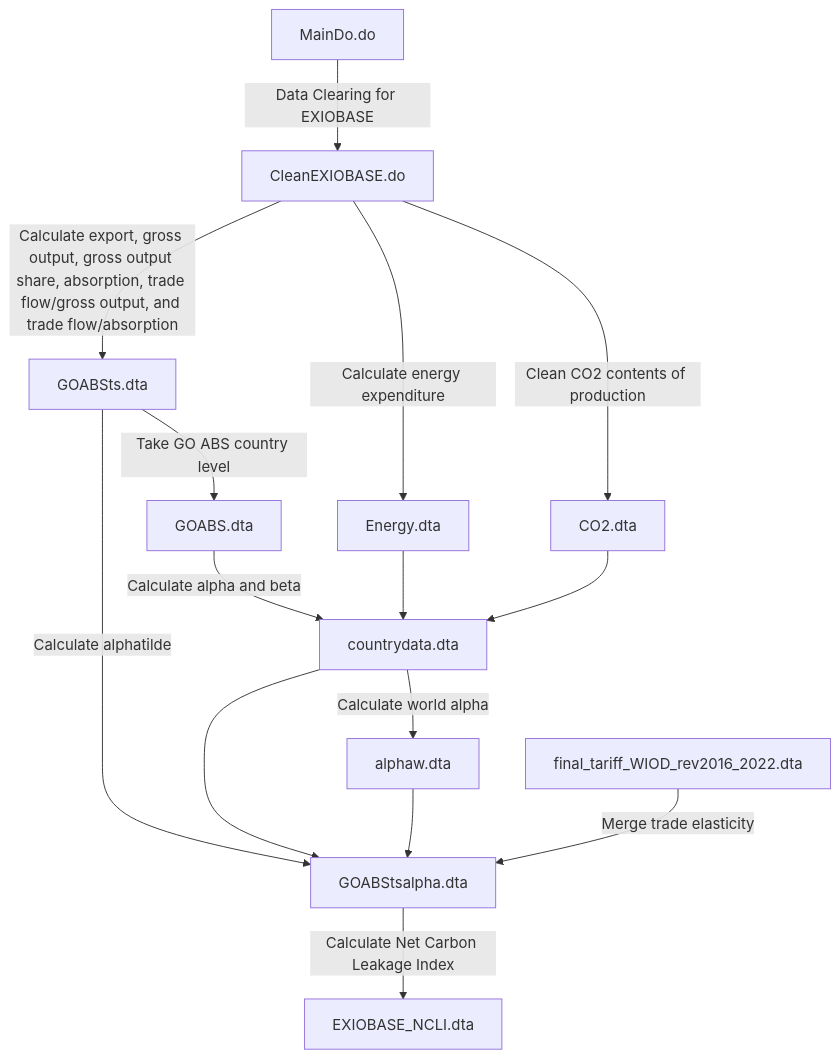
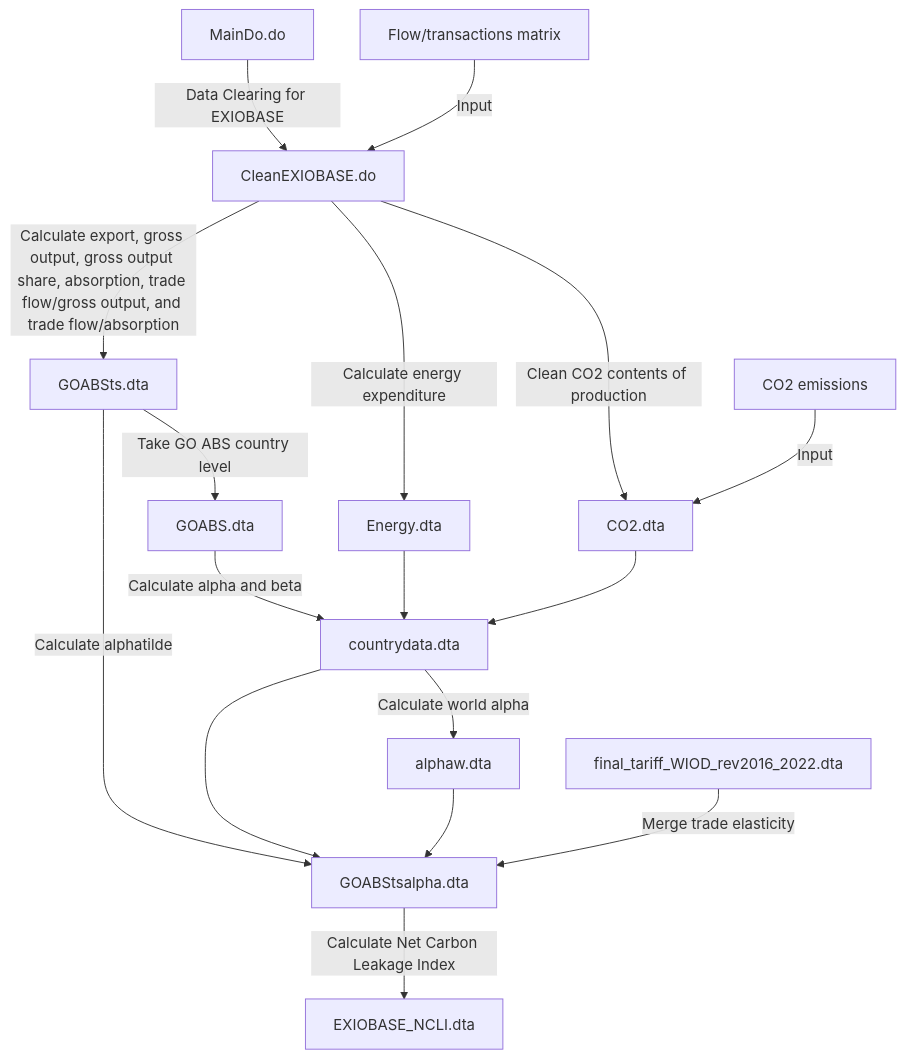
One commit to AkariOno/Trade_Carbon changed the diagram in README.md. Above: the diagram before and after it, drawn with Mermaid.

````diff
--- a/README.md
+++ b/README.md
@@ -17,17 +17,19 @@
 ```mermaid
 graph TD;
-    A[MainDo.do] --> |Data Clearing for EXIOBASE|B[CleanEXIOBASE.do]
+   A[MainDo.do] --> |Data Clearing for EXIOBASE|B[CleanEXIOBASE.do]
+    C[Flow/transactions matrix] --> |Input|B
     B --> |Calculate export, gross output, gross output share, absorption, trade flow/gross output, and trade flow/absorption|D[GOABSts.dta]
     D --> |Take GO ABS country level|E[GOABS.dta]
     B --> |Calculate energy expenditure|F[Energy.dta]
     B --> |Clean CO2 contents of production|G[CO2.dta]
     E --> |Calculate alpha and beta|H[countrydata.dta]
     F --> H
     G --> H
     H --> |Calculate world alpha|I[alphaw.dta]
     D --> |Calculate alphatilde|J[GOABStsalpha.dta]
     H --> J
     I --> J
     K[final_tariff_WIOD_rev2016_2022.dta] --> |Merge trade elasticity|J
     J --> |Calculate Net Carbon Leakage Index|L[EXIOBASE_NCLI.dta]
+    M[CO2 emissions] --> |Input|G
 ```
````
